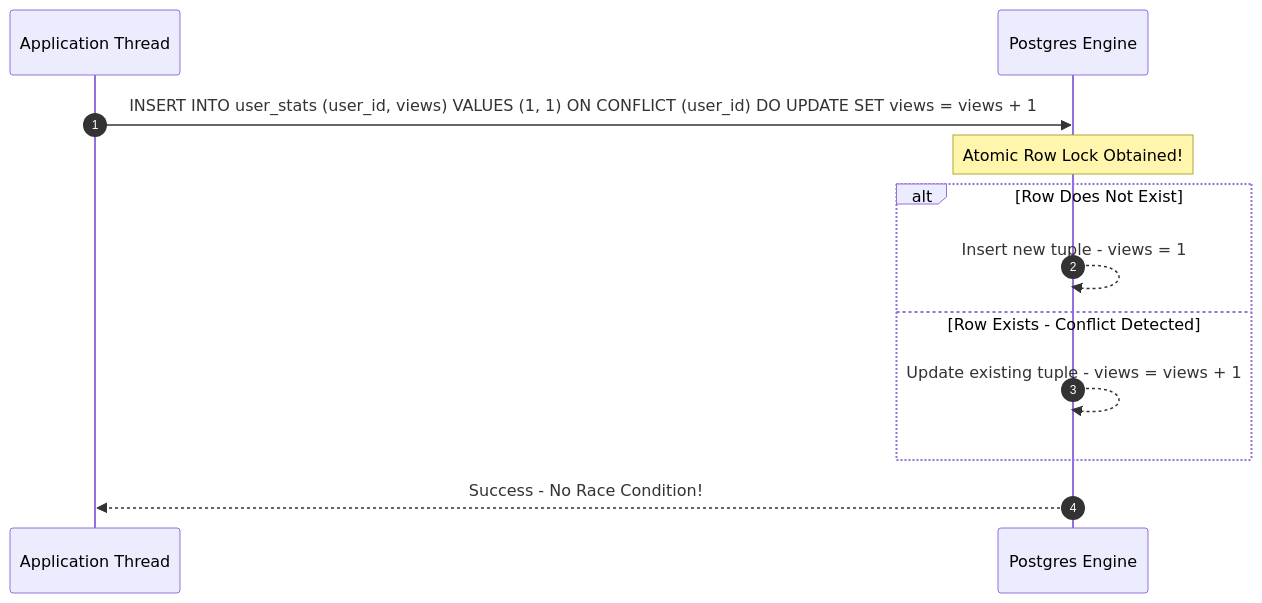
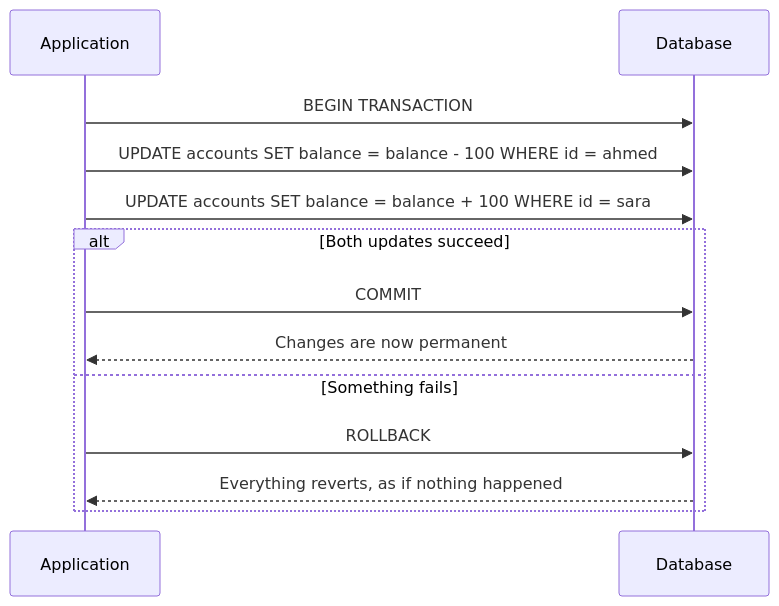
Diagram 17 of 48 in interviews/SQL-NoSQL-Complete.md (muhammad-khaled-tech/My-Study-Notes), drawn with Mermaid before and after one commit. The commit also changed other lines of this file and 3 other files, not shown here.

````diff
--- a/interviews/SQL-NoSQL-Complete.md
+++ b/interviews/SQL-NoSQL-Complete.md
@@ -1371,15 +1028,15 @@
 ```mermaid
 sequenceDiagram
-    autonumber
-    participant App as Application Thread
-    participant DB as Postgres Engine
-    
-    App->>DB: INSERT INTO user_stats (user_id, views) VALUES (1, 1) ON CONFLICT (user_id) DO UPDATE SET views = views + 1
-    Note over DB: Atomic Row Lock Obtained!
-    alt Row Does Not Exist
-        DB-->>DB: Insert new tuple - views = 1
-    else Row Exists - Conflict Detected
-        DB-->>DB: Update existing tuple - views = views + 1
+    participant App as Application
+    participant DB as Database
+    App->>DB: BEGIN TRANSACTION
+    App->>DB: UPDATE accounts SET balance = balance - 100 WHERE id = ahmed
+    App->>DB: UPDATE accounts SET balance = balance + 100 WHERE id = sara
+    alt Both updates succeed
+        App->>DB: COMMIT
+        DB-->>App: Changes are now permanent
+    else Something fails
+        App->>DB: ROLLBACK
+        DB-->>App: Everything reverts, as if nothing happened
     end
-    DB-->>App: Success - No Race Condition!
 ```
````
